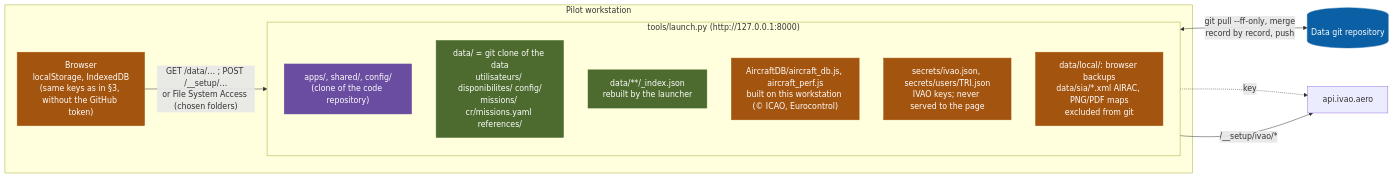
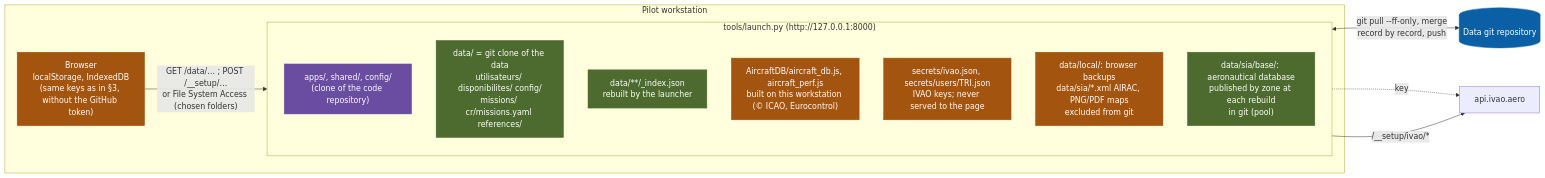
Before and after one commit to woyczek/flight_planner: the fourth of 5 diagrams in docs/technique/DONNEES_ET_ACCES.md, drawn with Mermaid. The commit also changed other lines of this file and 23 other files, not shown here.

````diff
--- a/docs/technique/DONNEES_ET_ACCES.md
+++ b/docs/technique/DONNEES_ET_ACCES.md
@@ -146,25 +164,26 @@
 ```mermaid
 flowchart LR
   classDef git fill:#0b5fa5,stroke:#0b5fa5,color:#fff
   classDef code fill:#6a4ca0,stroke:#6a4ca0,color:#fff
   classDef spec fill:#a3540f,stroke:#a3540f,color:#fff
   classDef cache fill:#4d6b2f,stroke:#4d6b2f,color:#fff
   subgraph PC["Pilot workstation"]
     B["Browser<br/>localStorage, IndexedDB<br/>(same keys as in §3, without the GitHub token)"]:::spec
     subgraph LA["tools/launch.py (http://127.0.0.1:8000)"]
       direction TB
       CODE["apps/, shared/, config/<br/>(clone of the code repository)"]:::code
       DATA["data/ = git clone of the data<br/>utilisateurs/ disponibilites/ config/<br/>missions/ cr/missions.yaml references/"]:::cache
       IDX["data/**/_index.json<br/>rebuilt by the launcher"]:::cache
       ADB["AircraftDB/aircraft_db.js, aircraft_perf.js<br/>built on this workstation (© ICAO, Eurocontrol)"]:::spec
       SEC["secrets/ivao.json, secrets/users/TRI.json<br/>IVAO keys; never served to the page"]:::spec
       LOC["data/local/: browser backups<br/>data/sia/*.xml AIRAC, PNG/PDF maps<br/>excluded from git"]:::spec
+      SB["data/sia/base/: aeronautical database<br/>published by zone at each rebuild<br/>in git (pool)"]:::cache
     end
   end
   D[("Data git repository")]:::git
   IV["api.ivao.aero"]
   B -- "GET /data/… ; POST /__setup/…<br/>or File System Access (chosen folders)" --> LA
   DATA <-- "git pull --ff-only, merge<br/>record by record, push" --> D
   SEC -. "key" .-> IV
   LA -- "/__setup/ivao/*" --> IV
 ```
````
